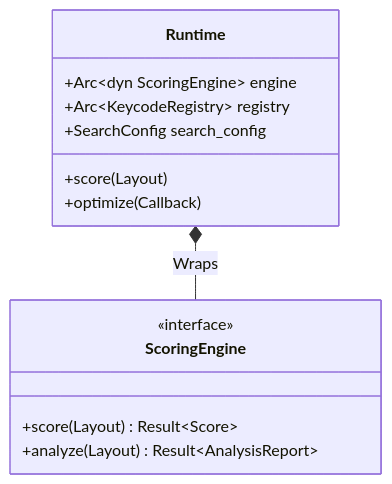
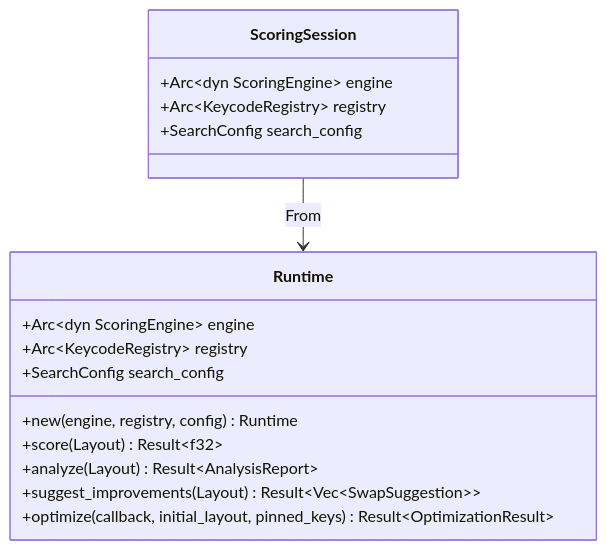
The first of 5 diagrams in docs/design/keyforge-compute/README.md (infodungeon/keyforge), drawn with Mermaid before and after one commit. The commit also changed other lines of this file and 63 other files, not shown here.

````diff
--- a/docs/design/keyforge-compute/README.md
+++ b/docs/design/keyforge-compute/README.md
@@ -10,18 +10,21 @@
 ```mermaid
 classDiagram
     class Runtime {
         +Arc~dyn ScoringEngine~ engine
         +Arc~KeycodeRegistry~ registry
         +SearchConfig search_config
-        +score(Layout)
-        +optimize(Callback)
+        +new(engine, registry, config) Runtime
+        +score(Layout) Result~f32~
+        +analyze(Layout) Result~AnalysisReport~
+        +suggest_improvements(Layout) Result~Vec~SwapSuggestion~~
+        +optimize(callback, initial_layout, pinned_keys) Result~OptimizationResult~
     }
 
-    class ScoringEngine {
-        <<interface>>
-        +score(Layout) Result~Score~
-        +analyze(Layout) Result~AnalysisReport~
+    class ScoringSession {
+        +Arc~dyn ScoringEngine~ engine
+        +Arc~KeycodeRegistry~ registry
+        +SearchConfig search_config
     }
 
-    Runtime *-- ScoringEngine : Wraps
+    ScoringSession --> Runtime : From
 ```
````
